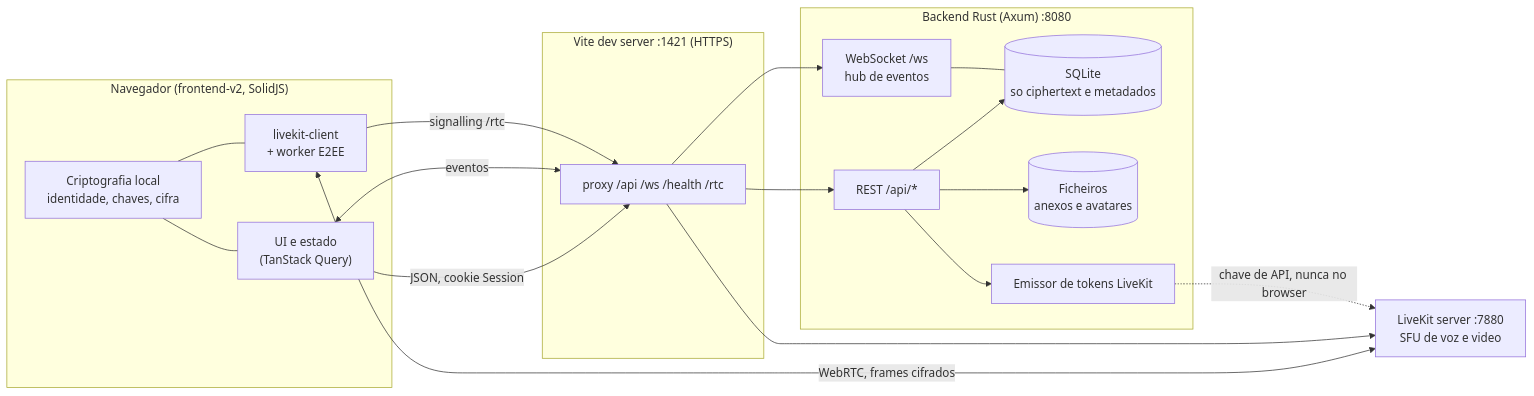
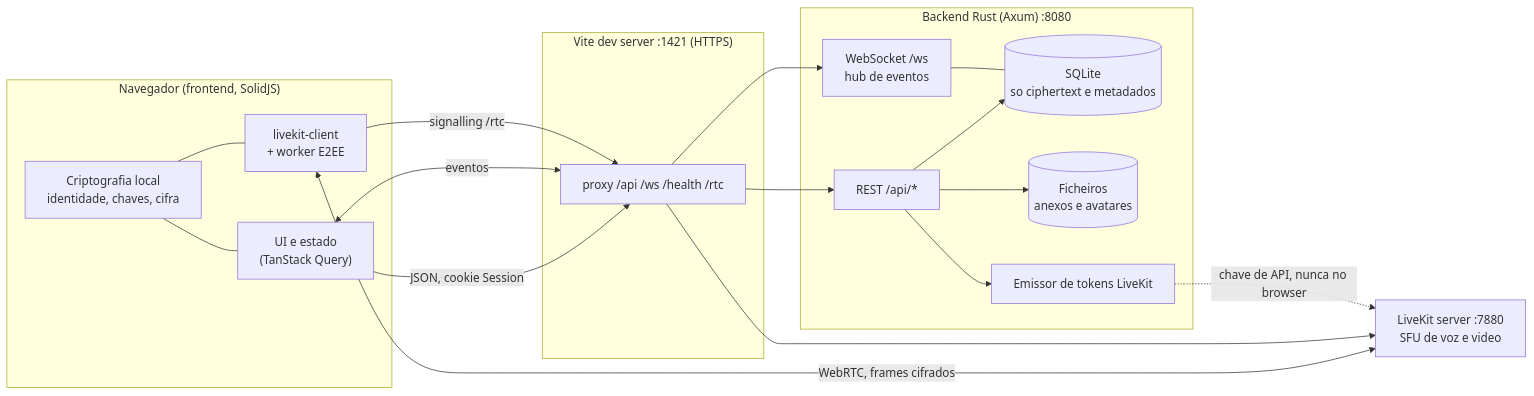
One commit to ricardopiloto/chat-app changed the first of 3 diagrams in README.md. Above: the diagram before and after it, drawn with Mermaid. The commit also changed other lines of this file and 119 other files, not shown here.

````diff
--- a/README.md
+++ b/README.md
@@ -157,37 +160,37 @@
 ```mermaid
 flowchart LR
-    subgraph Browser["Navegador (frontend-v2, SolidJS)"]
+    subgraph Browser["Navegador (frontend, SolidJS)"]
         UI["UI e estado<br/>(TanStack Query)"]
         CR["Criptografia local<br/>identidade, chaves, cifra"]
         LK["livekit-client<br/>+ worker E2EE"]
     end
 
     subgraph Dev["Vite dev server :1421 (HTTPS)"]
         PX["proxy /api /ws /health /rtc"]
     end
 
     subgraph Backend["Backend Rust (Axum) :8080"]
         REST["REST /api/*"]
         WS["WebSocket /ws<br/>hub de eventos"]
         DB[("SQLite<br/>so ciphertext e metadados")]
         FS[("Ficheiros<br/>anexos e avatares")]
         TK["Emissor de tokens LiveKit"]
     end
 
     LKS["LiveKit server :7880<br/>SFU de voz e video"]
 
     UI -->|JSON, cookie Session| PX
     UI <-->|eventos| PX
     PX --> REST
     PX --> WS
     REST --> DB
     REST --> FS
     REST --> TK
     WS --- DB
     LK <-->|WebRTC, frames cifrados| LKS
     LK -->|signalling /rtc| PX
     PX --> LKS
     TK -.->|chave de API, nunca no browser| LKS
     CR --- UI
     CR --- LK
 ```
````
